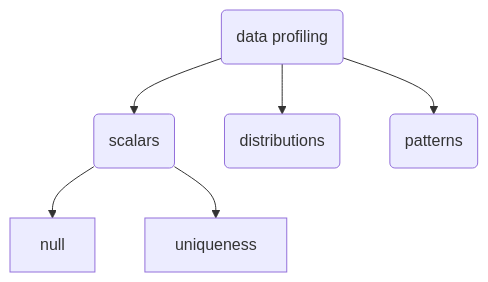
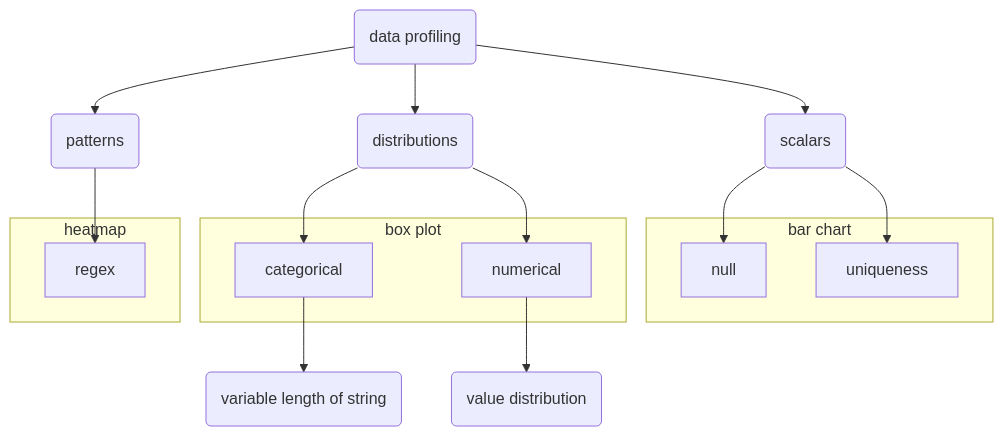
The second of 2 diagrams in data_profiling_notes.md (a4lamber/EHRsdata-profiling), drawn with Mermaid before and after one commit. The commit also changed other lines of this file and 5 other files, not shown here.

````diff
--- a/data_profiling_notes.md
+++ b/data_profiling_notes.md
@@ -39,5 +43,25 @@
 ```mermaid
 flowchart TD
 a("data profiling") --> b("scalars") & c("distributions") & d("patterns")
+
+subgraph bar chart
+null
+uniqueness
+end
+
+subgraph box plot
+categorical
+numerical
+end
+
+subgraph heatmap
+regex
+end
+
 b --> null & uniqueness
+c --> categorical & numerical
+d --> regex
+
+categorical --> h("variable length of string")
+numerical --> i("value distribution")
 ```
````
